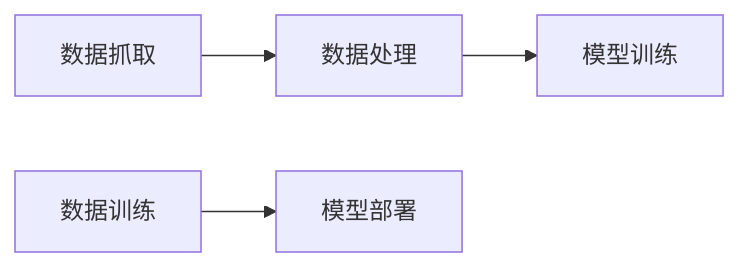
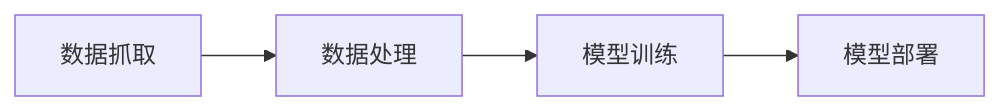
The first of 2 diagrams in README.md (ych466/Guess-who-you-are-in-Genshin-Impact), drawn with Mermaid before and after one commit.

````diff
--- a/README.md
+++ b/README.md
@@ -19,6 +19,6 @@
 ```mermaid
 graph LR;
     数据抓取-->数据处理;
     数据处理-->模型训练;
-    数据训练-->模型部署;
+    模型训练-->模型部署;
 ```
````
